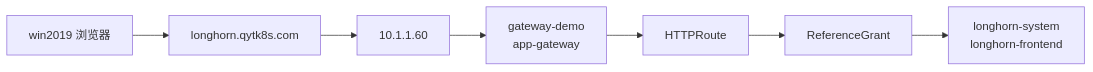
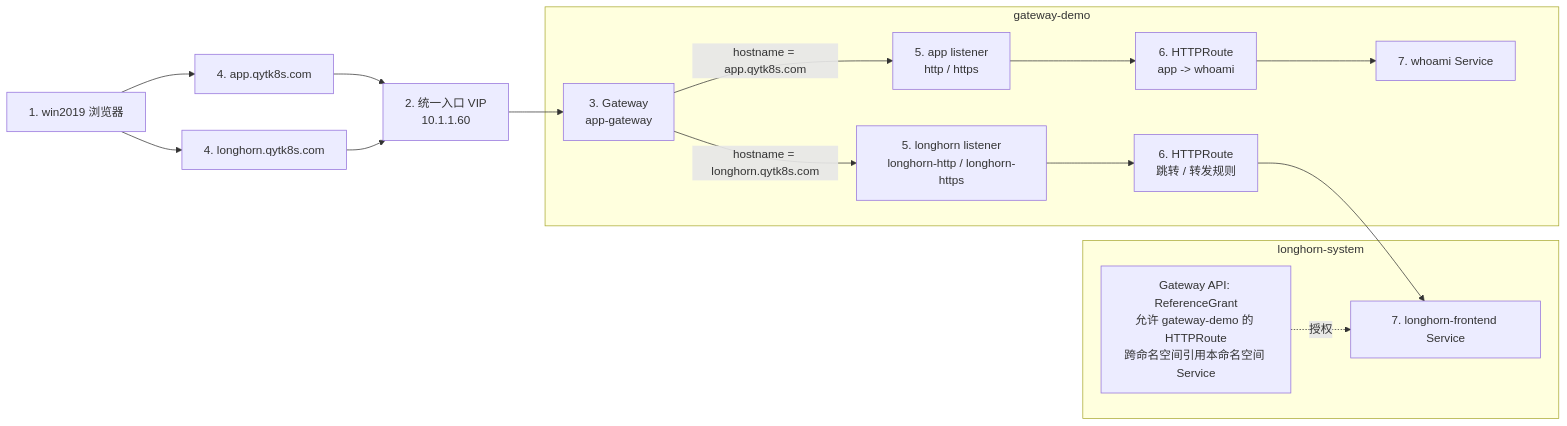
Before and after one commit to hwang-protocol/docker_k8s_2026: the diagram in k8s/04-storage-and-stateful/docs/09_publish_longhorn_ui.md, drawn with Mermaid. The commit also changed other lines of this file and 7 other files, not shown here.

````diff
--- a/k8s/04-storage-and-stateful/docs/09_publish_longhorn_ui.md
+++ b/k8s/04-storage-and-stateful/docs/09_publish_longhorn_ui.md
@@ -53,17 +41,37 @@
 ```mermaid
 flowchart LR
-  browser[win2019 浏览器]
-  dns[longhorn.qytk8s.com]
-  vip[10.1.1.60]
-  gateway[gateway-demo<br/>app-gateway]
-  route[HTTPRoute]
-  grant[ReferenceGrant]
-  svc[longhorn-system<br/>longhorn-frontend]
+  browser["1. win2019 浏览器"]
+  vip["2. 统一入口 VIP<br/>10.1.1.60"]
+  dnsapp["4. app.qytk8s.com"]
+  dnslh["4. longhorn.qytk8s.com"]
 
-  browser --> dns
-  dns --> vip
+  subgraph gwdemo["gateway-demo"]
+    gateway["3. Gateway<br/>app-gateway"]
+    lapp["5. app listener<br/>http / https"]
+    rapp["6. HTTPRoute<br/>app -> whoami"]
+    sapp["7. whoami Service"]
+
+    llh["5. longhorn listener<br/>longhorn-http / longhorn-https"]
+    rlh["6. HTTPRoute<br/>跳转 / 转发规则"]
+  end
+
+  subgraph lhsys["longhorn-system"]
+    slh["7. longhorn-frontend Service"]
+    grant["Gateway API: ReferenceGrant<br/>允许 gateway-demo 的 HTTPRoute<br/>跨命名空间引用本命名空间 Service"]
+  end
+
+  browser --> dnsapp
+  browser --> dnslh
+  dnsapp --> vip
+  dnslh --> vip
   vip --> gateway
-  gateway --> route
-  route --> grant
-  grant --> svc
+
+  gateway -->|hostname = app.qytk8s.com| lapp
+  lapp --> rapp
+  rapp --> sapp
+
+  gateway -->|hostname = longhorn.qytk8s.com| llh
+  llh --> rlh
+  rlh --> slh
+  grant -.授权.-> slh
 ```
````
